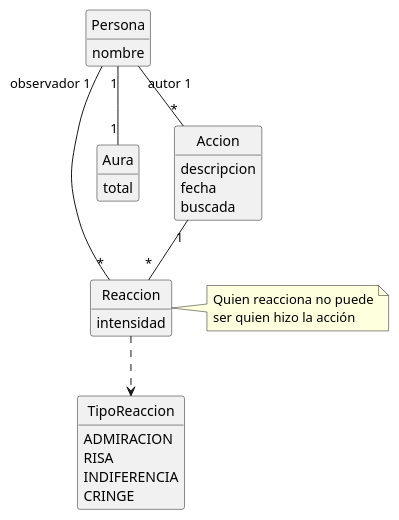
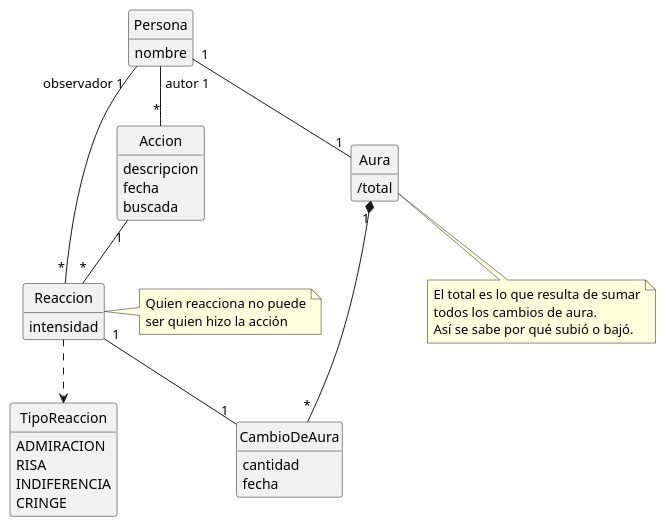
One commit to JaimeLomo/26-27-idsw1 changed the diagram in entregas/LomoJaime/Ejercicios/FarmearAuraMejorado.puml. Above: the diagram before and after it, drawn with PlantUML.

Commit message:
Nueva idea para el modelo de farmear aura

```diff
--- a/entregas/LomoJaime/Ejercicios/FarmearAuraMejorado.puml
+++ b/entregas/LomoJaime/Ejercicios/FarmearAuraMejorado.puml
@@ -1,36 +1,48 @@
 @startuml
 hide circle
 hide empty members
 
 class Persona {
   nombre
 }
 class Aura {
-  total
+  /total
 }
 class Accion {
   descripcion
   fecha
   buscada
 }
 class Reaccion {
   intensidad
+}
+class CambioDeAura {
+  cantidad
+  fecha
 }
 enum TipoReaccion {
   ADMIRACION
   RISA
   INDIFERENCIA
   CRINGE
 }
 
 Persona "1" -- "1" Aura
 Persona "autor 1" -- "*" Accion
 Persona "observador 1" -- "*" Reaccion
 Accion "1" -- "*" Reaccion
 Reaccion ..> TipoReaccion
+Reaccion "1" -- "1" CambioDeAura
+Aura "1" *-- "*" CambioDeAura
 
 note right of Reaccion
   Quien reacciona no puede
   ser quien hizo la acción
 end note
+
+note bottom of Aura
+  El total es lo que resulta de sumar
+  todos los cambios de aura.
+  Así se sabe por qué subió o bajó.
+end note
 @enduml
```
